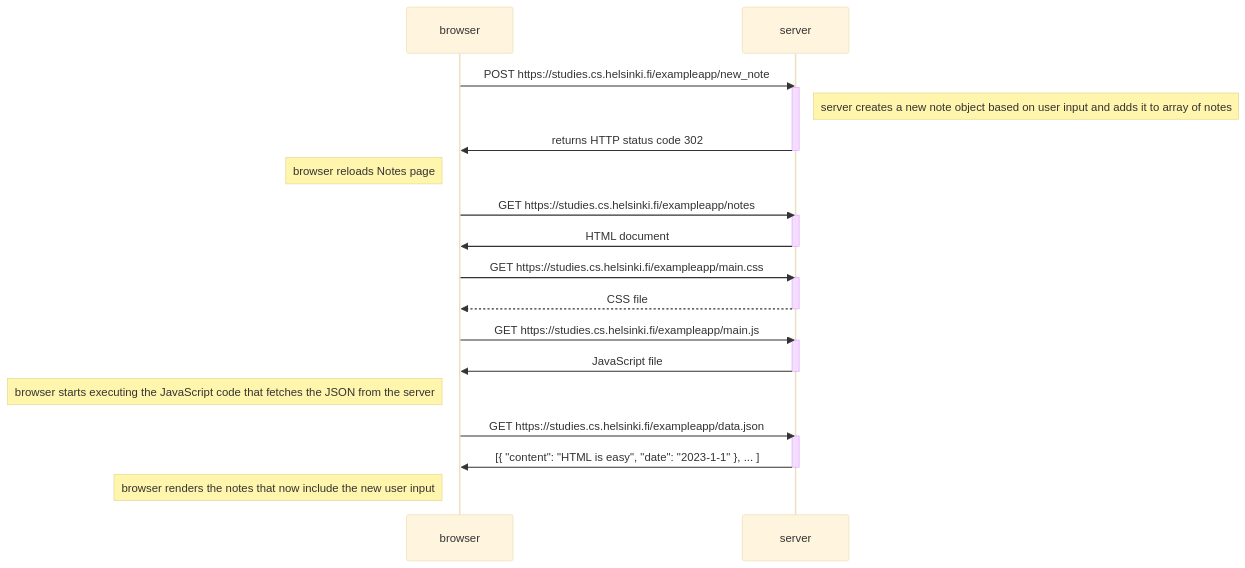
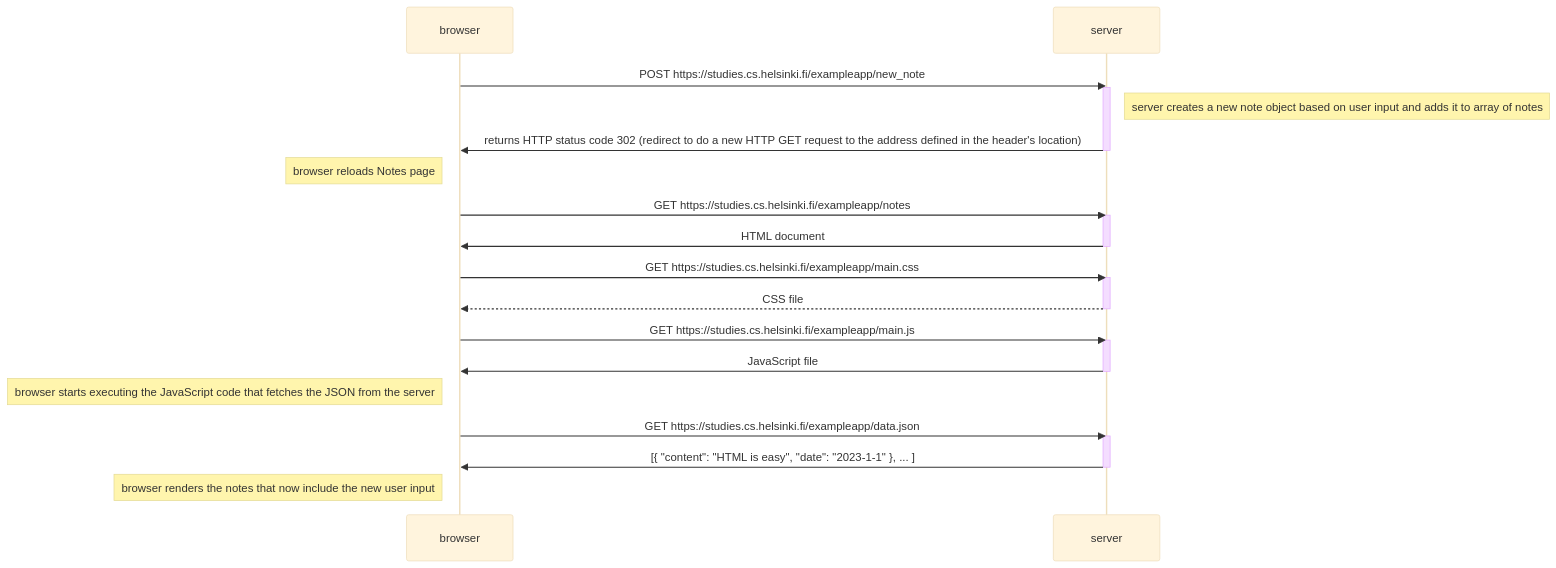
Before and after one commit to cajsanu/Fullstack-course: the diagram in exercise04.md, drawn with Mermaid (base theme). The commit also changed 2 other files, not shown here.

Commit message:
part0exercises

````diff
--- a/exercise04.md
+++ b/exercise04.md
@@ -1,34 +1,34 @@
 ```mermaid
 sequenceDiagram
     participant browser
     participant server
 
     browser->>server: POST https://studies.cs.helsinki.fi/exampleapp/new_note
     activate server
     Note right of server: server creates a new note object based on user input and adds it to array of notes
-    server->>browser: returns HTTP status code 302 
+    server->>browser: returns HTTP status code 302 (redirect to do a new HTTP GET request to the address defined in the header's location)
     deactivate server
     Note left of browser: browser reloads Notes page
 
     browser->>server: GET https://studies.cs.helsinki.fi/exampleapp/notes
     activate server
     server->>browser: HTML document
     deactivate server
 
     browser->>server: GET https://studies.cs.helsinki.fi/exampleapp/main.css
     activate server
     server-->>browser: CSS file
     deactivate server
 
     browser->>server: GET https://studies.cs.helsinki.fi/exampleapp/main.js
     activate server
     server->>browser: JavaScript file
     deactivate server
     Note left of browser: browser starts executing the JavaScript code that fetches the JSON from the server
 
     browser->>server: GET https://studies.cs.helsinki.fi/exampleapp/data.json
     activate server
     server->>browser: [{ "content": "HTML is easy", "date": "2023-1-1" }, ... ]
     deactivate server
     Note left of browser: browser renders the notes that now include the new user input
 ```
````
